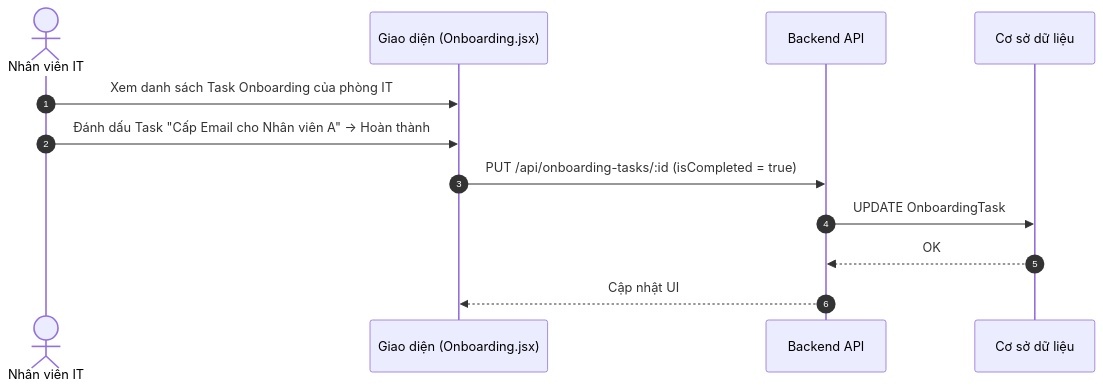
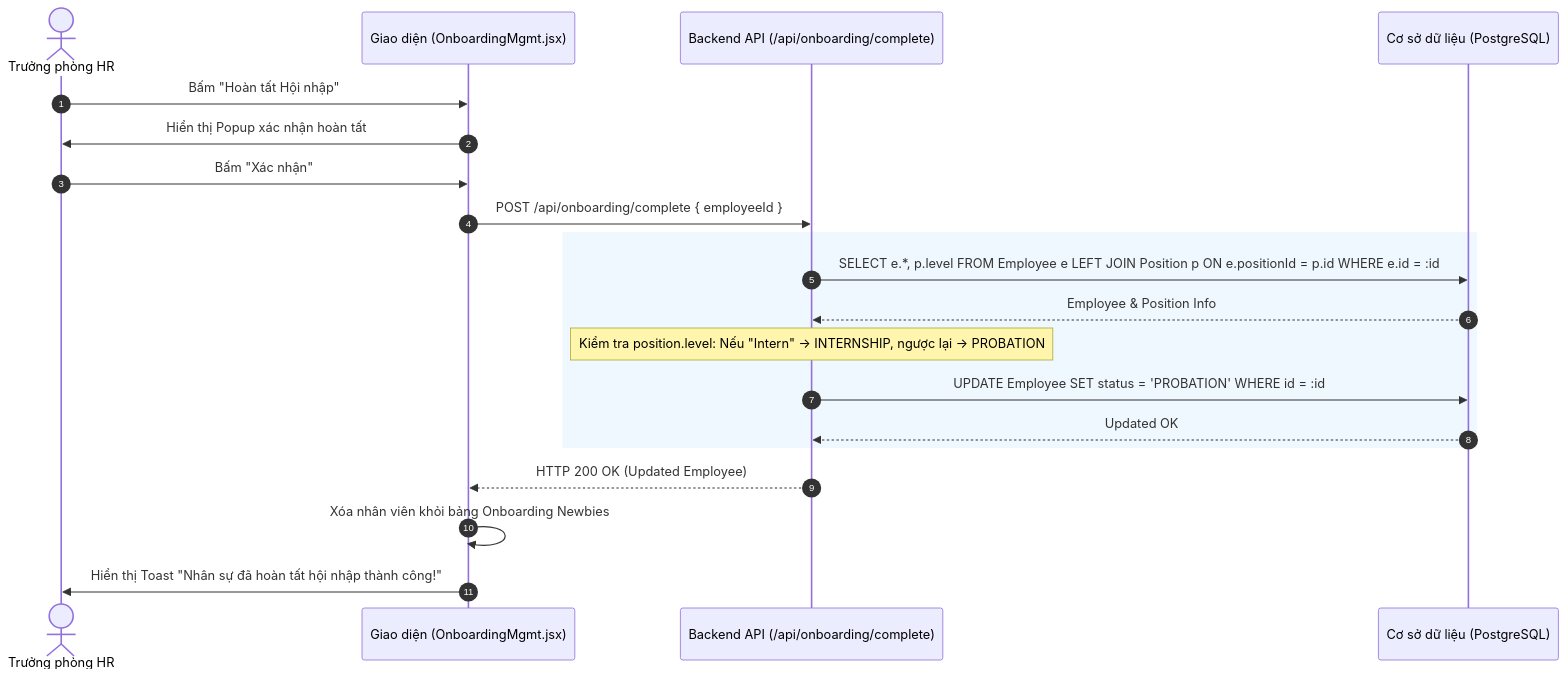
One commit to aye2710/HRM-DATN changed the seventh of 7 diagrams in docs/Tài liệu phân tích nghiệp vụ từng module/Module Core HR/Chuc-nang-Onboarding.md. Above: the diagram before and after it, drawn with Mermaid. The commit also changed other lines of this file and 27 other files, not shown here.

````diff
--- a/docs/Tài liệu phân tích nghiệp vụ từng module/Module Core HR/Chuc-nang-Onboarding.md
+++ b/docs/Tài liệu phân tích nghiệp vụ từng module/Module Core HR/Chuc-nang-Onboarding.md
@@ -33,16 +262,27 @@
 ```mermaid
 sequenceDiagram
     autonumber
-    actor IT as Nhân viên IT
-    participant FE as Giao diện (Onboarding.jsx)
-    participant BE as Backend API
-    participant DB as Cơ sở dữ liệu
+    actor HR as Trưởng phòng HR
+    participant FE as Giao diện (OnboardingMgmt.jsx)
+    participant BE as Backend API (/api/onboarding/complete)
+    participant DB as Cơ sở dữ liệu (PostgreSQL)
 
-    IT->>FE: Xem danh sách Task Onboarding của phòng IT
-    IT->>FE: Đánh dấu Task "Cấp Email cho Nhân viên A" -> Hoàn thành
-    FE->>BE: PUT /api/onboarding-tasks/:id (isCompleted = true)
+    HR->>FE: Bấm "Hoàn tất Hội nhập"
+    FE->>HR: Hiển thị Popup xác nhận hoàn tất
+    HR->>FE: Bấm "Xác nhận"
     
-    BE->>DB: UPDATE OnboardingTask
-    DB-->>BE: OK
-    BE-->>FE: Cập nhật UI
+    FE->>BE: POST /api/onboarding/complete { employeeId }
+    
+    rect rgb(240, 248, 255)
+        BE->>DB: SELECT e.*, p.level FROM Employee e LEFT JOIN Position p ON e.positionId = p.id WHERE e.id = :id
+        DB-->>BE: Employee & Position Info
+        
+        Note over BE: Kiểm tra position.level: Nếu "Intern" -> INTERNSHIP, ngược lại -> PROBATION
+        BE->>DB: UPDATE Employee SET status = 'PROBATION' WHERE id = :id
+        DB-->>BE: Updated OK
+    end
+    
+    BE-->>FE: HTTP 200 OK (Updated Employee)
+    FE->>FE: Xóa nhân viên khỏi bảng Onboarding Newbies
+    FE->>HR: Hiển thị Toast "Nhân sự đã hoàn tất hội nhập thành công!"
 ```
````
